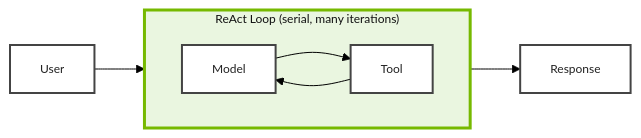
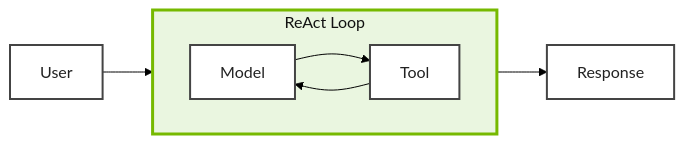
Before and after one commit to brevdev/workshop-build-an-agent: the diagram in .devx/5-deep-agents/img/shallow_agent_pattern.mmd, drawn with Mermaid. The commit also changed 1 other file, not shown here.

Commit message:
fix mod 5 diagram

```diff
--- a/.devx/5-deep-agents/img/shallow_agent_pattern.mmd
+++ b/.devx/5-deep-agents/img/shallow_agent_pattern.mmd
@@ -1,23 +1,23 @@
 ---
 config:
   theme: 'base'
   themeVariables:
     primaryColor: '#eaf6e0'
     secondaryColor: '#eaf6e0'
     background: white
 ---
 
-%%{init: {'themeVariables': {'fontSize': '12px'}}}%%
+%%{init: {'themeVariables': {'fontSize': '16px'}}}%%
 flowchart LR
 
     User --> Model
 
-    subgraph loop["ReAct Loop (serial, many iterations)"]
+    subgraph loop["ReAct Loop"]
         direction LR
         Model --> Tool --> Model
     end
 
     Model --> Response
 
     classDef node fill:#fff,stroke:#444,stroke-width:2px,color:#222;
     classDef cluster fill:#eaf6e0,stroke:#76b900,stroke-width:3px,color:#111,rounded corners,shadow;
```
